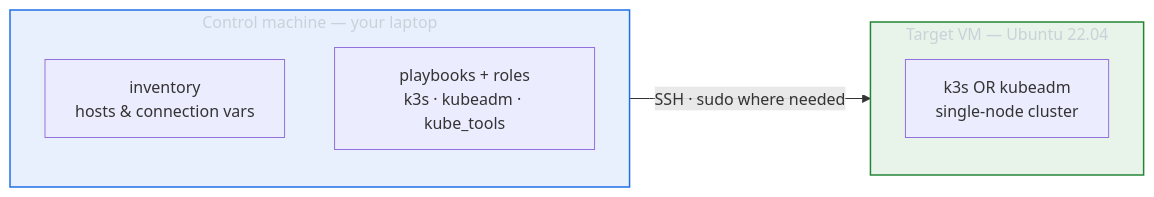
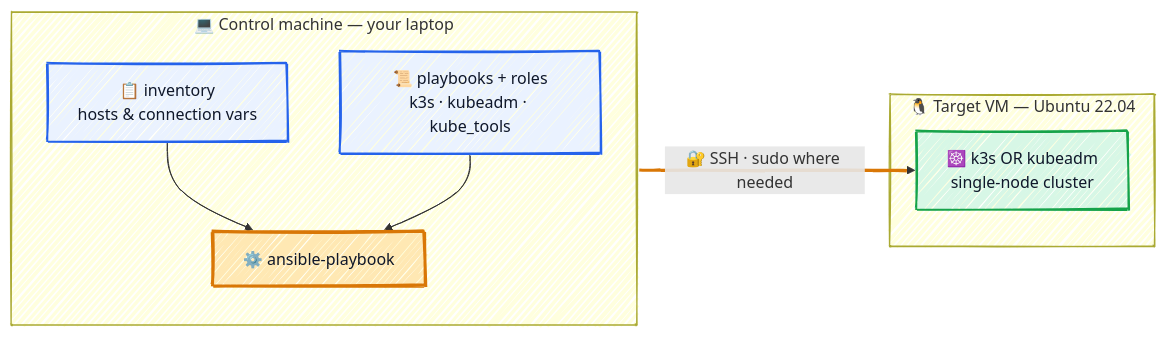
Before and after one commit to r97221004/ansible-tutorial: the first of 2 diagrams in README.md, drawn with Mermaid. The commit also changed other lines of this file and 1 other file, not shown here.

Commit message:
docs: unify architecture diagrams with hand-drawn style
AS IS: the Architecture Overview and Hello World concept diagrams used different shapes, an older dark-only color scheme, and lumped Ansible's inputs and engine together, so the two diagrams looked inconsistent.

TO BE: both diagrams share one hand-drawn look, a three-color scheme (inputs / engine / result) with emoji and matching rectangles, and split out the ansible-playbook node to show inventory + playbook feeding the engine before it connects to the target. Also removes the unused docs/images/k9s.gif.

TASK # N/A

````diff
--- a/README.md
+++ b/README.md
@@ -125,19 +125,32 @@
 ```mermaid
+---
+config:
+  look: handDrawn
+  theme: default
+  themeVariables:
+    fontFamily: '"Comic Sans MS", "Comic Sans", "Segoe Print", "Bradley Hand", cursive'
+---
 flowchart LR
-    subgraph control["Control machine — your laptop"]
+    subgraph control["💻 Control machine — your laptop"]
         direction TB
-        inv["inventory<br/>hosts &amp; connection vars"]
-        pb["playbooks + roles<br/>k3s · kubeadm · kube_tools"]
+        inv["📋 inventory<br/>hosts &amp; connection vars"]
+        pb["📜 playbooks + roles<br/>k3s · kubeadm · kube_tools"]
+        ans["⚙️ ansible-playbook"]
     end
 
-    subgraph target["Target VM — Ubuntu 22.04"]
-        k8s["k3s OR kubeadm<br/>single-node cluster"]
+    subgraph target["🐧 Target VM — Ubuntu 22.04"]
+        k8s["☸️ k3s OR kubeadm<br/>single-node cluster"]
     end
 
-    control -->|"SSH · sudo where needed"| target
+    inv --> ans
+    pb --> ans
+    ans ==>|"🔐 SSH · sudo where needed"| k8s
 
-    classDef ctrl fill:#1f6feb1a,stroke:#1f6feb,stroke-width:1.5px,color:#c9d1d9;
-    classDef tgt fill:#2386361a,stroke:#238636,stroke-width:1.5px,color:#c9d1d9;
-    class control ctrl;
-    class target tgt;
+    classDef ctrl fill:#EAF2FF,stroke:#2563EB,stroke-width:2px,color:#0F172A;
+    classDef eng fill:#FFE8B3,stroke:#D97706,stroke-width:3px,color:#0F172A;
+    classDef tgt fill:#D7F7E6,stroke:#16A34A,stroke-width:2px,color:#0F172A;
+    class inv,pb ctrl;
+    class ans eng;
+    class k8s tgt;
+    linkStyle 2 stroke:#D97706,stroke-width:3px;
 ```
````
